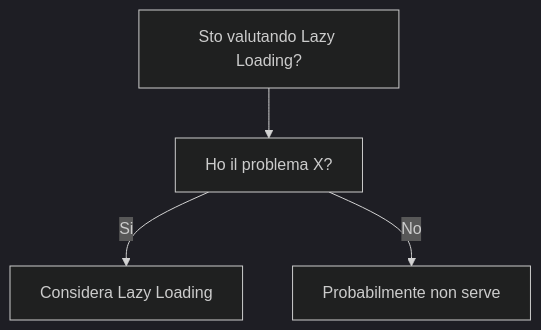
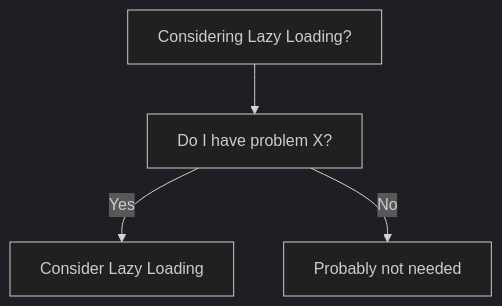
One commit to HxT9/Software-Dev-Wiki changed the diagram in dev-wiki/11_Performance/Lazy_Loading/When_To_Use.md. Above: the diagram before and after it, drawn with Mermaid (dark theme). The commit also changed other lines of this file and 3444 other files, not shown here.

````diff
--- a/dev-wiki/11_Performance/Lazy_Loading/When_To_Use.md
+++ b/dev-wiki/11_Performance/Lazy_Loading/When_To_Use.md
@@ -19,6 +19,6 @@
 ```mermaid
 flowchart TD
-  Q[Sto valutando Lazy Loading?] --> Q1[Ho il problema X?]
-  Q1 -->|Si| OK[Considera Lazy Loading]
-  Q1 -->|No| NO[Probabilmente non serve]
+  Q[Considering Lazy Loading?] --> Q1[Do I have problem X?]
+  Q1 -->|Yes| OK[Consider Lazy Loading]
+  Q1 -->|No| NO[Probably not needed]
 ```
````
